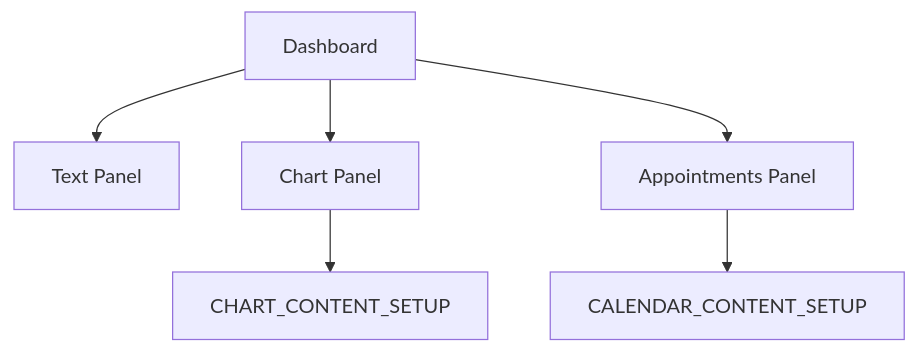
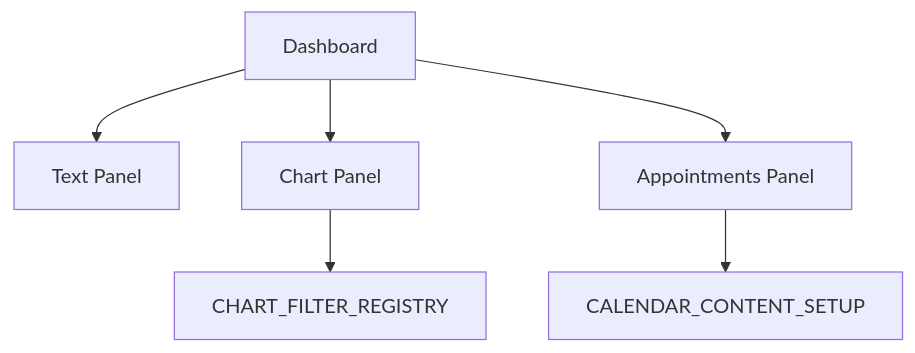
The diagram in docs/components/dashboards.md (domschmidt/koku), drawn with Mermaid before and after one commit. The commit also changed other lines of this file and 218 other files, not shown here.

````diff
--- a/docs/components/dashboards.md
+++ b/docs/components/dashboards.md
@@ -53,8 +53,8 @@
 ```mermaid
 flowchart TD
   Dashboard["Dashboard"] --> Text["Text Panel"]
   Dashboard --> Chart["Chart Panel"]
   Dashboard --> Calendar["Appointments Panel"]
-  Chart --> ChartSetup["CHART_CONTENT_SETUP"]
+  Chart --> ChartSetup["CHART_FILTER_REGISTRY"]
   Calendar --> CalendarSetup["CALENDAR_CONTENT_SETUP"]
 ```
````
